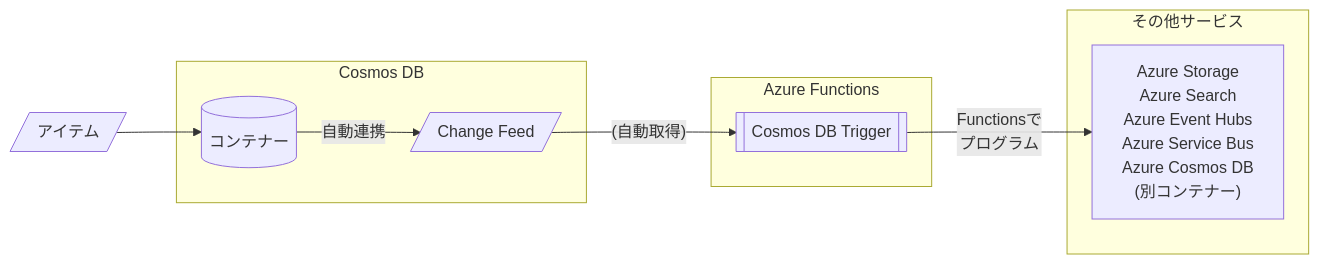
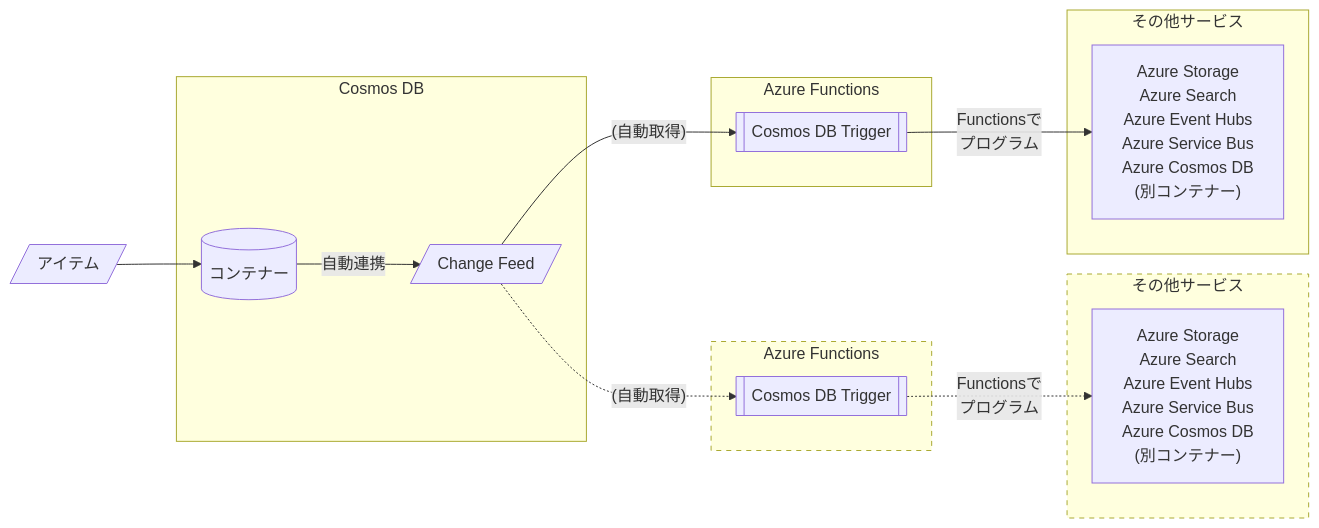
Before and after one commit to tahayaka-microsoft/CosmosDB-ChangeFeed-Functions: the third of 5 diagrams in 00_CosmosDB_Essential.md, drawn with Mermaid.

````diff
--- a/00_CosmosDB_Essential.md
+++ b/00_CosmosDB_Essential.md
@@ -378,24 +378,40 @@
 ```mermaid
 graph LR
     1[/"アイテム"/]
     1-->A
     subgraph Cosmos DB
         A[(コンテナー)]
         D[/Change Feed/]
         A--自動連携-->D 
     end
-    subgraph Azure Functions
+    subgraph af1[Azure Functions]
         B[["Cosmos DB Trigger"]] 
     end
-    subgraph その他サービス
+    subgraph af2[Azure Functions]
+        F[["Cosmos DB Trigger"]] 
+    end
+    subgraph ss2[その他サービス]
+        E["Azure Storage
+        Azure Search
+        Azure Event Hubs
+        Azure Service Bus
+        Azure Cosmos DB
+        (別コンテナー)"] 
+    end
+    subgraph ss1[その他サービス]
         C["Azure Storage
         Azure Search
         Azure Event Hubs
         Azure Service Bus
         Azure Cosmos DB
         (別コンテナー)"] 
     end
     D --"(自動取得)"--> B
+    D -."(自動取得)".-> F
     B --"Functionsで
     プログラム"--> C
+    F -."Functionsで
+    プログラム".-> E
+    style af2 stroke-dasharray: 5 5
+    style ss2 stroke-dasharray: 5 5
 ```
````
